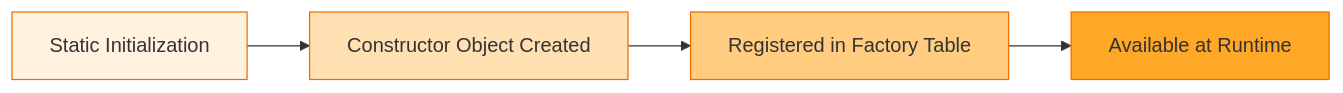
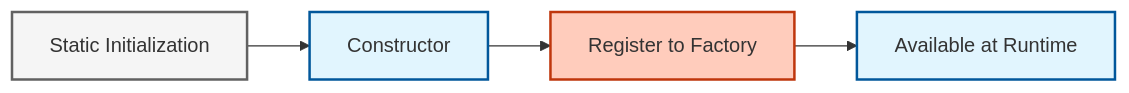
Before and after one commit to wramet/build-my-cfd: the second of 3 diagrams in MODULE_06_ADVANCED_PHYSICS/CONTENT/04_NON_NEWTONIAN_FLUIDS/04_Numerical_Implementation.md, drawn with Mermaid. The commit also changed other lines of this file and 313 other files, not shown here.

Commit message:
Revise all diagram

````diff
--- a/MODULE_06_ADVANCED_PHYSICS/CONTENT/04_NON_NEWTONIAN_FLUIDS/04_Numerical_Implementation.md
+++ b/MODULE_06_ADVANCED_PHYSICS/CONTENT/04_NON_NEWTONIAN_FLUIDS/04_Numerical_Implementation.md
@@ -627,11 +625,13 @@
 ```mermaid
-flowchart LR
-    A[Static Initialization] --> B[Constructor Object Created]
-    B --> C[Registered in Factory Table]
-    C --> D[Available at Runtime]
-
-    style A fill:#fff3e0,stroke:#ef6c00
-    style B fill:#ffe0b2,stroke:#ef6c00
-    style C fill:#ffcc80,stroke:#ef6c00
-    style D fill:#ffa726,stroke:#ef6c00
+graph LR
+    classDef implicit fill:#e1f5fe,stroke:#01579b,stroke-width:2px
+    classDef explicit fill:#ffccbc,stroke:#bf360c,stroke-width:2px
+    classDef context fill:#f5f5f5,stroke:#616161,stroke-width:2px
+    
+    Static["Static Initialization"]:::context
+    Ctor["Constructor"]:::implicit
+    Reg["Register to Factory"]:::explicit
+    Runtime["Available at Runtime"]:::implicit
+    
+    Static --> Ctor --> Reg --> Runtime
 ```
````
